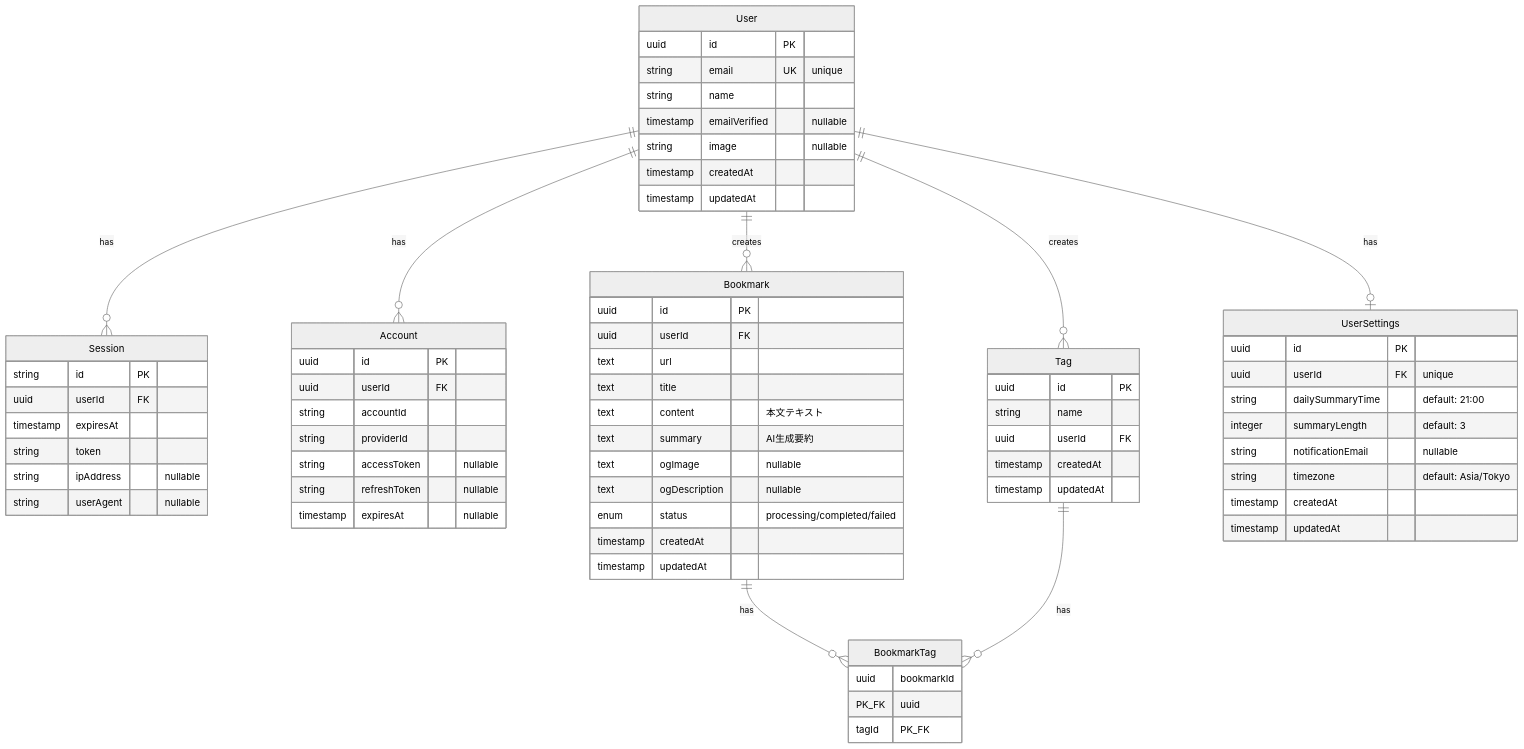
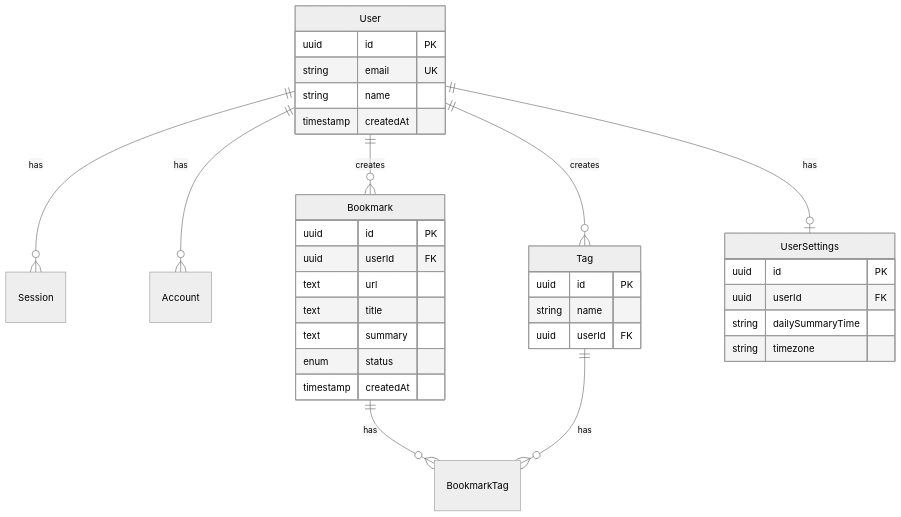
The second of 2 diagrams in docs/design.md (oh84/remindrop), drawn with Mermaid (neutral theme) before and after one commit. The commit also changed other lines of this file and 4 other files, not shown here.

````diff
--- a/docs/design.md
+++ b/docs/design.md
@@ -128,78 +51,40 @@
 ```mermaid
 erDiagram
-    User ||--o{ Session : "has"
-    User ||--o{ Account : "has"
-    User ||--o{ Bookmark : "creates"
-    User ||--o{ Tag : "creates"
-    User ||--o| UserSettings : "has"
-    
-    Bookmark ||--o{ BookmarkTag : "has"
-    Tag ||--o{ BookmarkTag : "has"
+    User ||--o{ Session : has
+    User ||--o{ Account : has
+    User ||--o{ Bookmark : creates
+    User ||--o{ Tag : creates
+    User ||--o| UserSettings : has
+    Bookmark ||--o{ BookmarkTag : has
+    Tag ||--o{ BookmarkTag : has
 
     User {
         uuid id PK
-        string email UK "unique"
+        string email UK
         string name
-        timestamp emailVerified "nullable"
-        string image "nullable"
         timestamp createdAt
-        timestamp updatedAt
-    }
-
-    Session {
-        string id PK
-        uuid userId FK
-        timestamp expiresAt
-        string token
-        string ipAddress "nullable"
-        string userAgent "nullable"
-    }
-
-    Account {
-        uuid id PK
-        uuid userId FK
-        string accountId
-        string providerId
-        string accessToken "nullable"
-        string refreshToken "nullable"
-        timestamp expiresAt "nullable"
     }
 
     Bookmark {
         uuid id PK
         uuid userId FK
         text url
         text title
-        text content "本文テキスト"
-        text summary "AI生成要約"
-        text ogImage "nullable"
-        text ogDescription "nullable"
-        enum status "processing/completed/failed"
+        text summary
+        enum status
         timestamp createdAt
-        timestamp updatedAt
     }
 
     Tag {
         uuid id PK
         string name
         uuid userId FK
-        timestamp createdAt
-        timestamp updatedAt
-    }
-
-    BookmarkTag {
-        uuid bookmarkId PK_FK
-        uuid tagId PK_FK
     }
 
     UserSettings {
         uuid id PK
-        uuid userId FK "unique"
-        string dailySummaryTime "default: 21:00"
-        integer summaryLength "default: 3"
-        string notificationEmail "nullable"
-        string timezone "default: Asia/Tokyo"
-        timestamp createdAt
-        timestamp updatedAt
+        uuid userId FK
+        string dailySummaryTime
+        string timezone
     }
 ```
````
